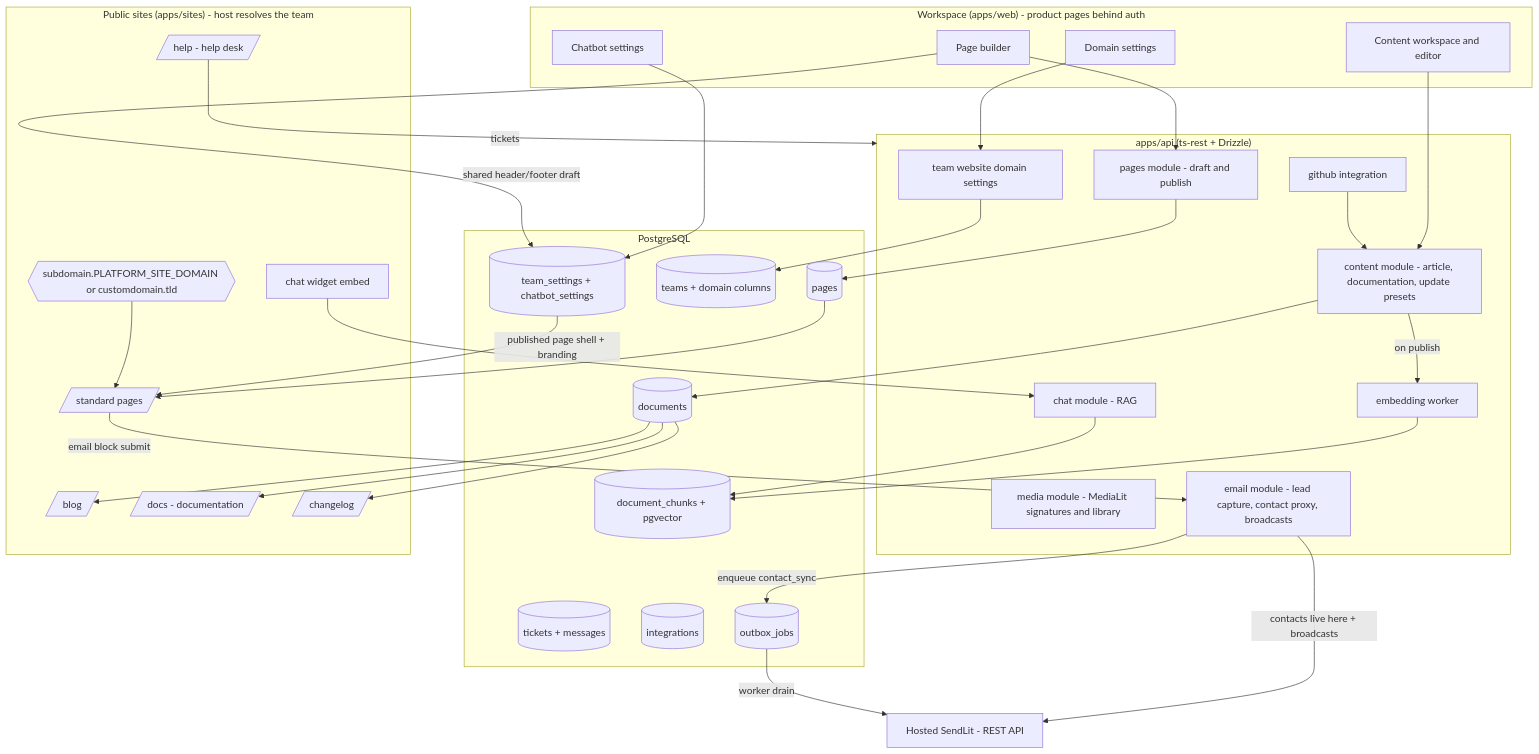
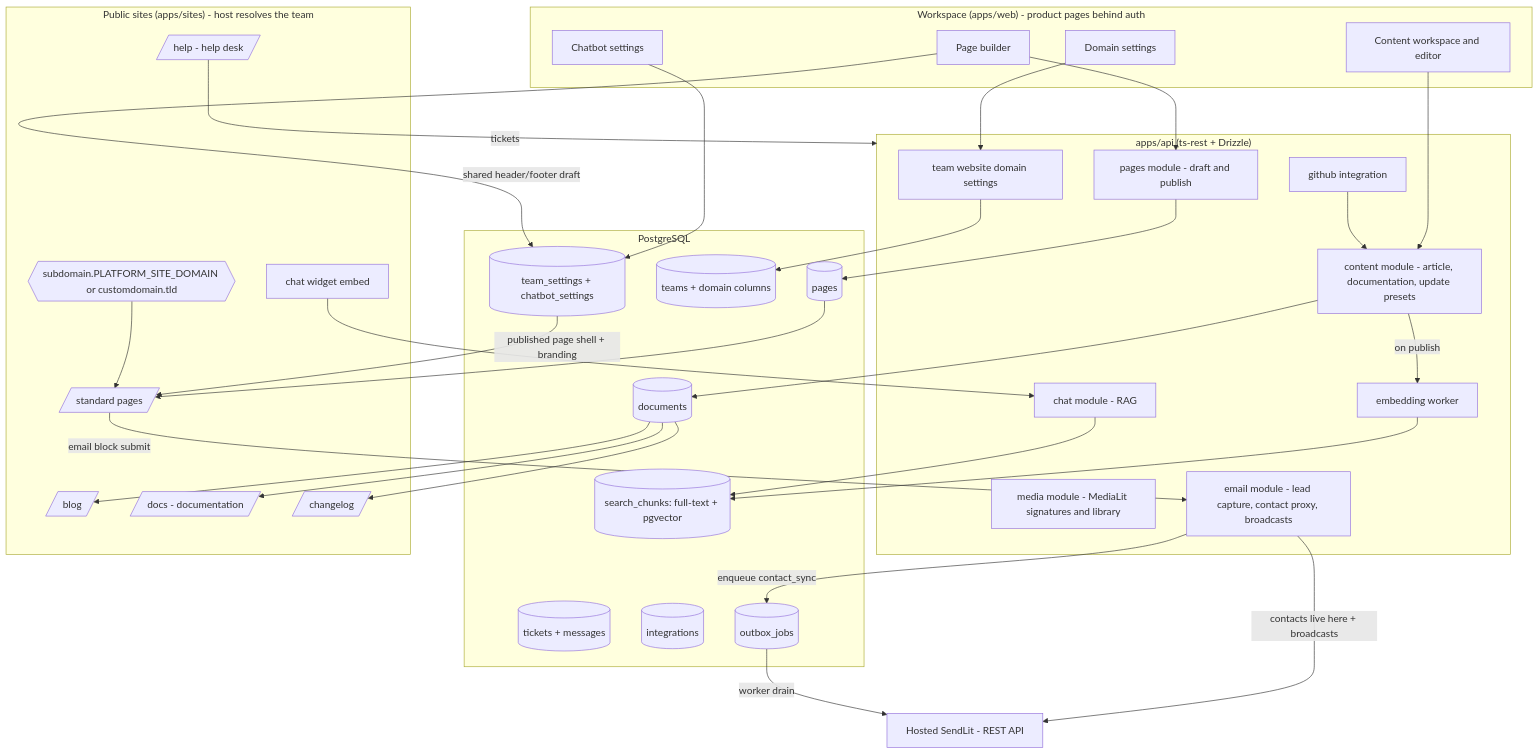
One commit to codelitdev/frontlit changed the first of 3 diagrams in docs/architecture.md. Above: the diagram before and after it, drawn with Mermaid. The commit also changed other lines of this file and 64 other files, not shown here.

````diff
--- a/docs/architecture.md
+++ b/docs/architecture.md
@@ -47,64 +47,64 @@
 ```mermaid
 graph TD
     subgraph Authoring["Workspace (apps/web) - product pages behind auth"]
         PB[Page builder]
         TE[Content workspace and editor]
         CB[Chatbot settings]
         DS[Domain settings]
     end
 
     subgraph API["apps/api (ts-rest + Drizzle)"]
         Pages[pages module - draft and publish]
         Docs[content module - article, documentation, update presets]
         Media[media module - MediaLit signatures and library]
         Domains[team website domain settings]
         News[email module - lead capture, contact proxy, broadcasts]
         Embed[embedding worker]
         Chat[chat module - RAG]
         GH[github integration]
     end
 
     SL[Hosted SendLit - REST API]
 
     subgraph PG["PostgreSQL"]
         PagesT[(pages)]
         DocsT[(documents)]
         TeamsT[(teams + domain columns)]
         TicketsT[(tickets + messages)]
-        Chunks[(document_chunks + pgvector)]
+        Chunks[(search_chunks: full-text + pgvector)]
         Settings[(team_settings + chatbot_settings)]
         Integr[(integrations)]
         Outbox[(outbox_jobs)]
     end
 
     subgraph Public["Public sites (apps/sites) - host resolves the team"]
         Host{{subdomain.PLATFORM_SITE_DOMAIN or customdomain.tld}}
         Home[/ standard pages/]
         Blog[/blog/]
         DocsR[/docs - documentation/]
         Desk[/help - help desk/]
         Change[/changelog/]
         Widget[chat widget embed]
     end
 
     PB --> Pages --> PagesT
     TE --> Docs --> DocsT
     DS --> Domains --> TeamsT
     Docs -->|on publish| Embed --> Chunks
     Chat --> Chunks
     CB --> Settings
     GH --> Docs
     Host --> Home
     PagesT --> Home
     PB -->|shared header/footer draft| Settings
     Settings -->|published page shell + branding| Home
     DocsT --> Blog
     DocsT --> DocsR
     DocsT --> Change
     Desk -->|tickets| API
     Widget --> Chat
     Home -->|email block submit| News
     News -->|enqueue contact_sync| Outbox
     News -->|contacts live here + broadcasts| SL
     Outbox -->|worker drain| SL
 ```
````
